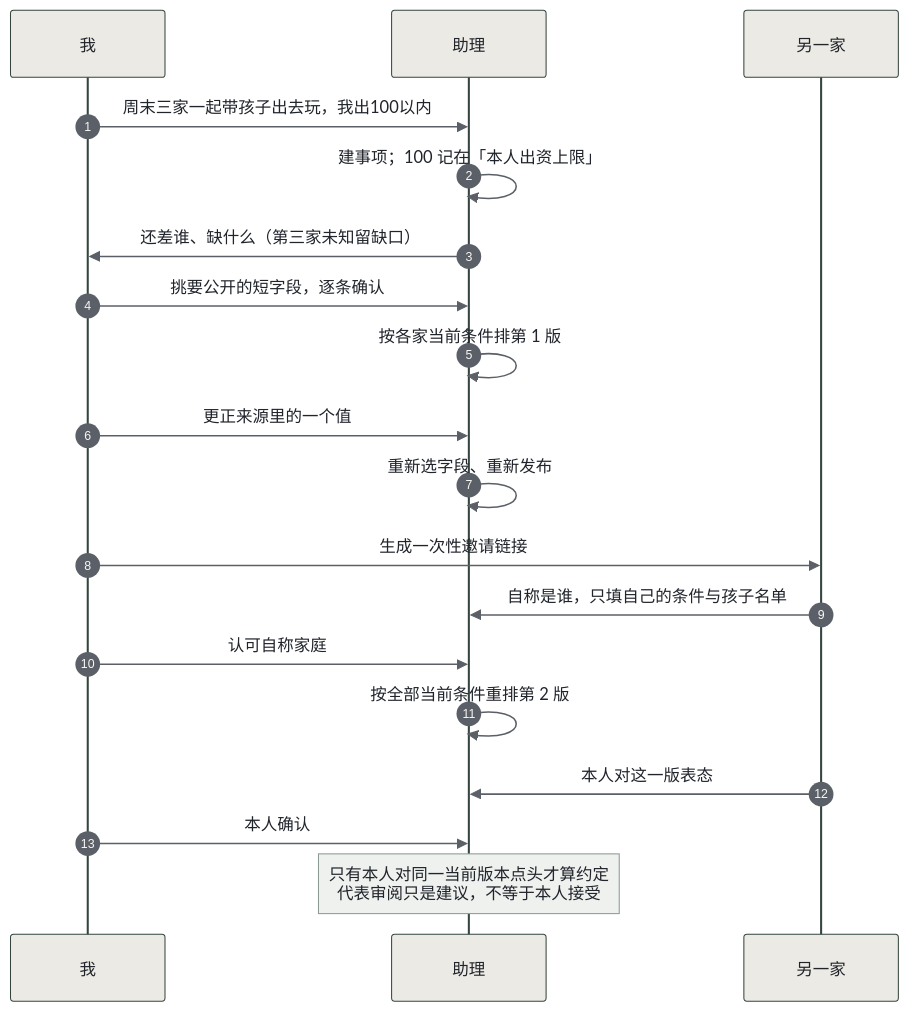
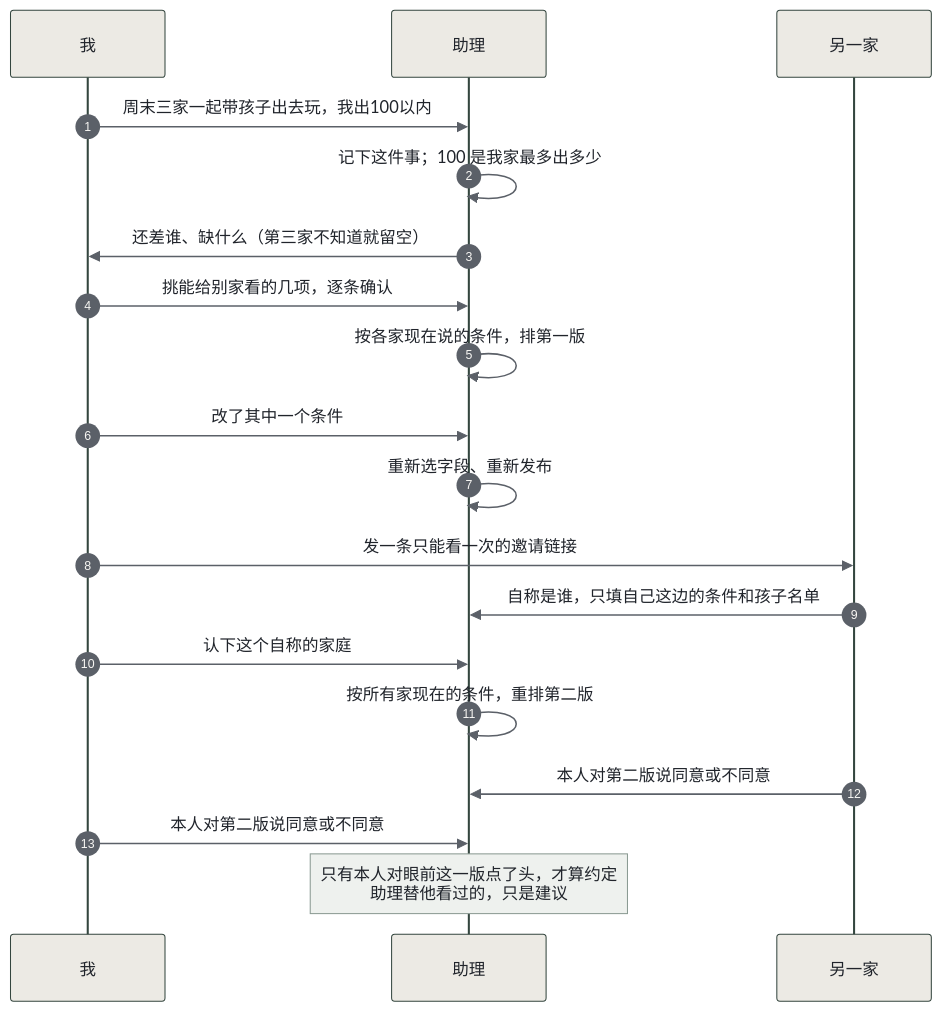
The second of 4 diagrams in README.md (larisfavour-lang/personal-ai-hackathon), drawn with Mermaid before and after one commit. The commit also changed other lines of this file and 1 other file, not shown here.

````diff
--- a/README.md
+++ b/README.md
@@ -72,22 +69,22 @@
 ```mermaid
 %%{init: {"theme":"base","themeVariables":{"background":"#f7f6f3","mainBkg":"#eceae4","primaryColor":"#eceae4","primaryTextColor":"#20242b","primaryBorderColor":"#34463f","secondaryColor":"#eef1ee","secondaryBorderColor":"#8a9a92","tertiaryColor":"#f7f6f3","tertiaryBorderColor":"#d9d6cf","lineColor":"#5b6068","textColor":"#20242b","fontFamily":"PingFang SC, Microsoft YaHei, sans-serif","fontSize":"15px","clusterBkg":"#f7f6f3","clusterBorder":"#d9d6cf","edgeLabelBackground":"#f7f6f3","nodeBorder":"#34463f","actorBkg":"#eceae4","actorBorder":"#34463f","actorTextColor":"#20242b","signalColor":"#5b6068","signalTextColor":"#20242b","noteBkgColor":"#eef1ee","noteTextColor":"#20242b","noteBorderColor":"#8a9a92","labelBoxBkgColor":"#eceae4","labelBoxBorderColor":"#34463f","labelTextColor":"#20242b","sequenceNumberColor":"#f7f6f3","activationBkgColor":"#eef1ee","activationBorderColor":"#8a9a92"}}}%%
 sequenceDiagram
   autonumber
   participant U as 我
   participant A as 助理
   participant F as 另一家
   U->>A: 周末三家一起带孩子出去玩，我出100以内
-  A->>A: 建事项；100 记在「本人出资上限」
-  A->>U: 还差谁、缺什么（第三家未知留缺口）
-  U->>A: 挑要公开的短字段，逐条确认
-  A->>A: 按各家当前条件排第 1 版
-  U->>A: 更正来源里的一个值
+  A->>A: 记下这件事；100 是我家最多出多少
+  A->>U: 还差谁、缺什么（第三家不知道就留空）
+  U->>A: 挑能给别家看的几项，逐条确认
+  A->>A: 按各家现在说的条件，排第一版
+  U->>A: 改了其中一个条件
   A->>A: 重新选字段、重新发布
-  U->>F: 生成一次性邀请链接
-  F->>A: 自称是谁，只填自己的条件与孩子名单
-  U->>A: 认可自称家庭
-  A->>A: 按全部当前条件重排第 2 版
-  F->>A: 本人对这一版表态
-  U->>A: 本人确认
-  Note over A: 只有本人对同一当前版本点头才算约定<br/>代表审阅只是建议，不等于本人接受
+  U->>F: 发一条只能看一次的邀请链接
+  F->>A: 自称是谁，只填自己这边的条件和孩子名单
+  U->>A: 认下这个自称的家庭
+  A->>A: 按所有家现在的条件，重排第二版
+  F->>A: 本人对第二版说同意或不同意
+  U->>A: 本人对第二版说同意或不同意
+  Note over A: 只有本人对眼前这一版点了头，才算约定<br/>助理替他看过的，只是建议
 ```
````
